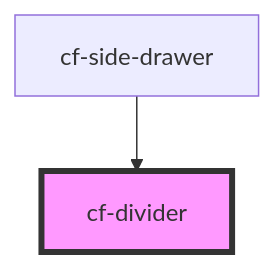
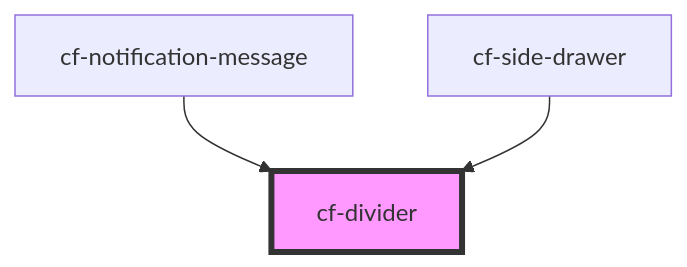
Before and after one commit to DriLLFreAK100/codefee-component: the diagram in src/components/cf-divider/readme.md, drawn with Mermaid. The commit also changed other lines of this file and 20 other files, not shown here.

````diff
--- a/src/components/cf-divider/readme.md
+++ b/src/components/cf-divider/readme.md
@@ -22,5 +23,6 @@
 ```mermaid
 graph TD;
+  cf-notification-message --> cf-divider
   cf-side-drawer --> cf-divider
   style cf-divider fill:#f9f,stroke:#333,stroke-width:4px
 ```
````
